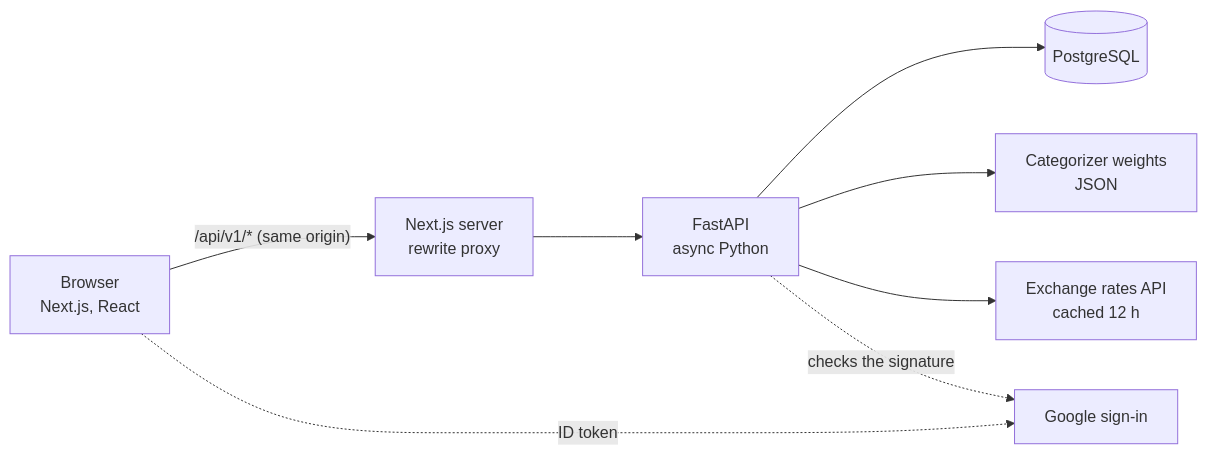
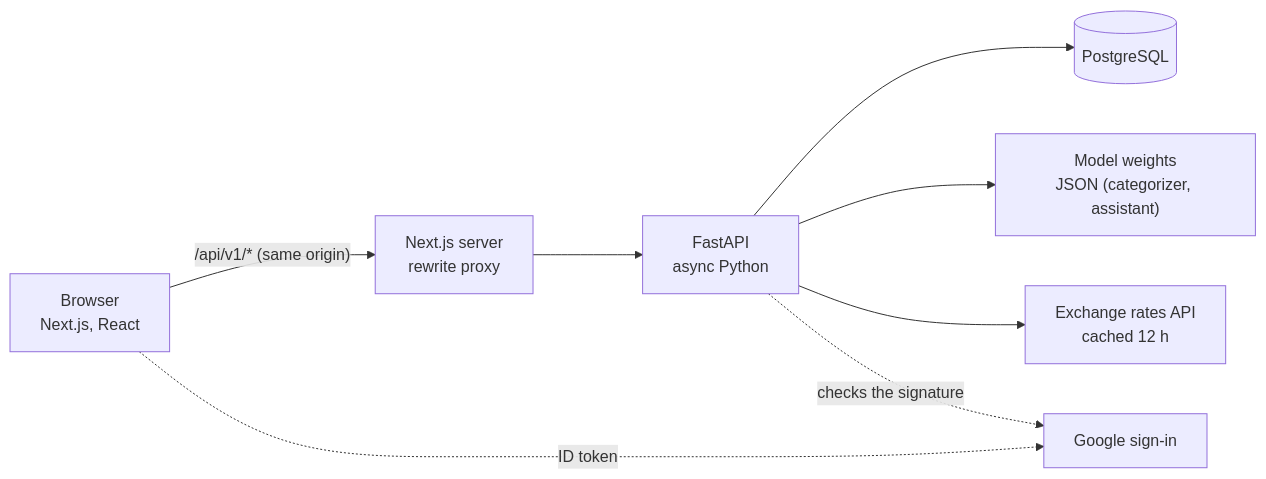
Before and after one commit to M-ALTAWEEL/budget-analysis: the diagram in README.md, drawn with Mermaid. The commit also changed other lines of this file and 20 other files, not shown here.

Commit message:
Assistant: local intent model, period and category rules, chat page

````diff
--- a/README.md
+++ b/README.md
@@ -56,10 +61,10 @@
 ```mermaid
 flowchart LR
   B["Browser<br/>Next.js, React"] -->|"/api/v1/* (same origin)"| N["Next.js server<br/>rewrite proxy"]
   N --> A["FastAPI<br/>async Python"]
   A --> P[("PostgreSQL")]
-  A --> M["Categorizer weights<br/>JSON"]
+  A --> M["Model weights<br/>JSON (categorizer, assistant)"]
   A --> X["Exchange rates API<br/>cached 12 h"]
   B -.->|"ID token"| G["Google sign-in"]
   A -.->|"checks the signature"| G
 ```
````
